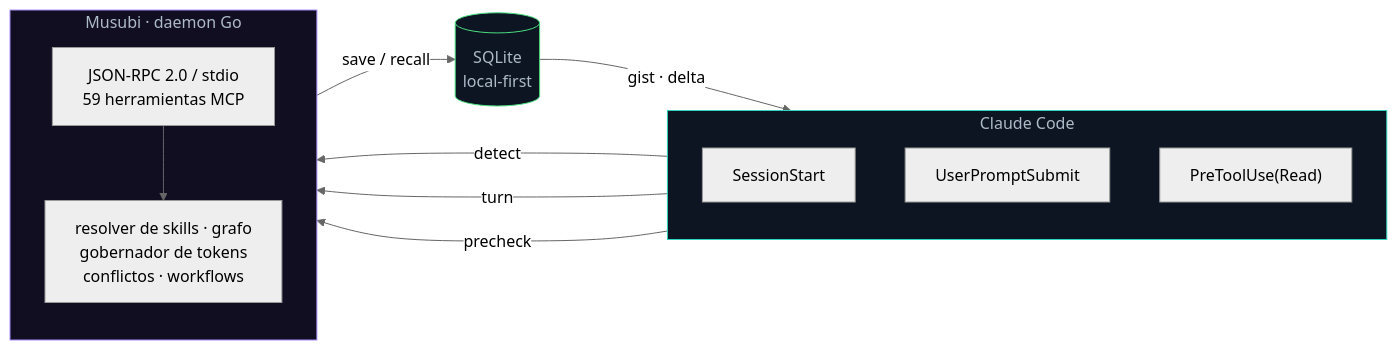
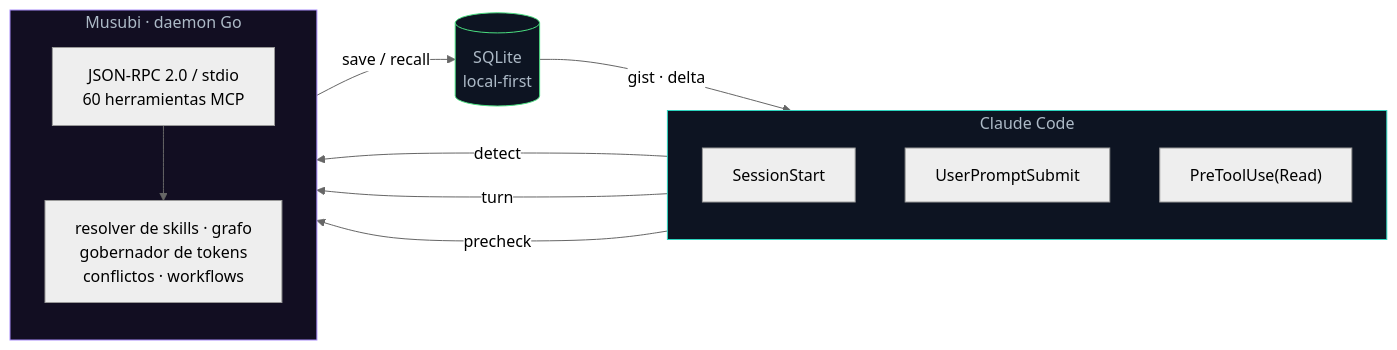
One commit to codeabraham16/musubi changed the first of 3 diagrams in README.md. Above: the diagram before and after it, drawn with Mermaid (neutral theme). The commit also changed other lines of this file and 7 other files, not shown here.

````diff
--- a/README.md
+++ b/README.md
@@ -68,27 +68,27 @@
 ```mermaid
 flowchart LR
     subgraph CC["Claude Code"]
         direction TB
         H1["SessionStart"]
         H2["UserPromptSubmit"]
         H3["PreToolUse(Read)"]
     end
     subgraph M["Musubi · daemon Go"]
         direction TB
-        RPC["JSON-RPC 2.0 / stdio<br/>59 herramientas MCP"]
+        RPC["JSON-RPC 2.0 / stdio<br/>60 herramientas MCP"]
         COG["resolver de skills · grafo<br/>gobernador de tokens<br/>conflictos · workflows"]
     end
     DB[("SQLite<br/>local-first")]
 
     H1 -- "detect" --> RPC
     H2 -- "turn" --> RPC
     H3 -- "precheck" --> RPC
     RPC --> COG
     COG -- "save / recall" --> DB
     DB -- "gist · delta" --> CC
 
     classDef cc fill:#0d1422,stroke:#2dd4bf,color:#adbac7;
     classDef mm fill:#120e22,stroke:#a78bfa,color:#adbac7;
     classDef db fill:#0d1422,stroke:#4ade80,color:#adbac7;
     class CC cc; class M mm; class DB db;
 ```
````
